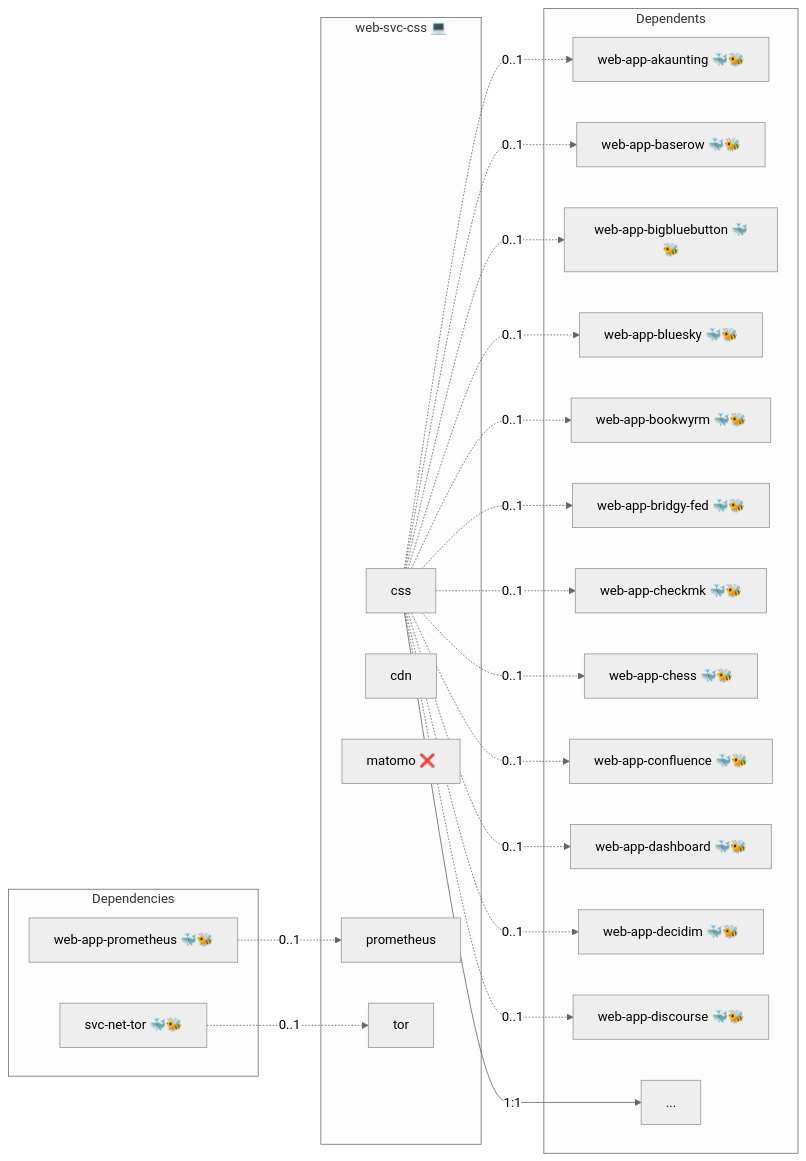
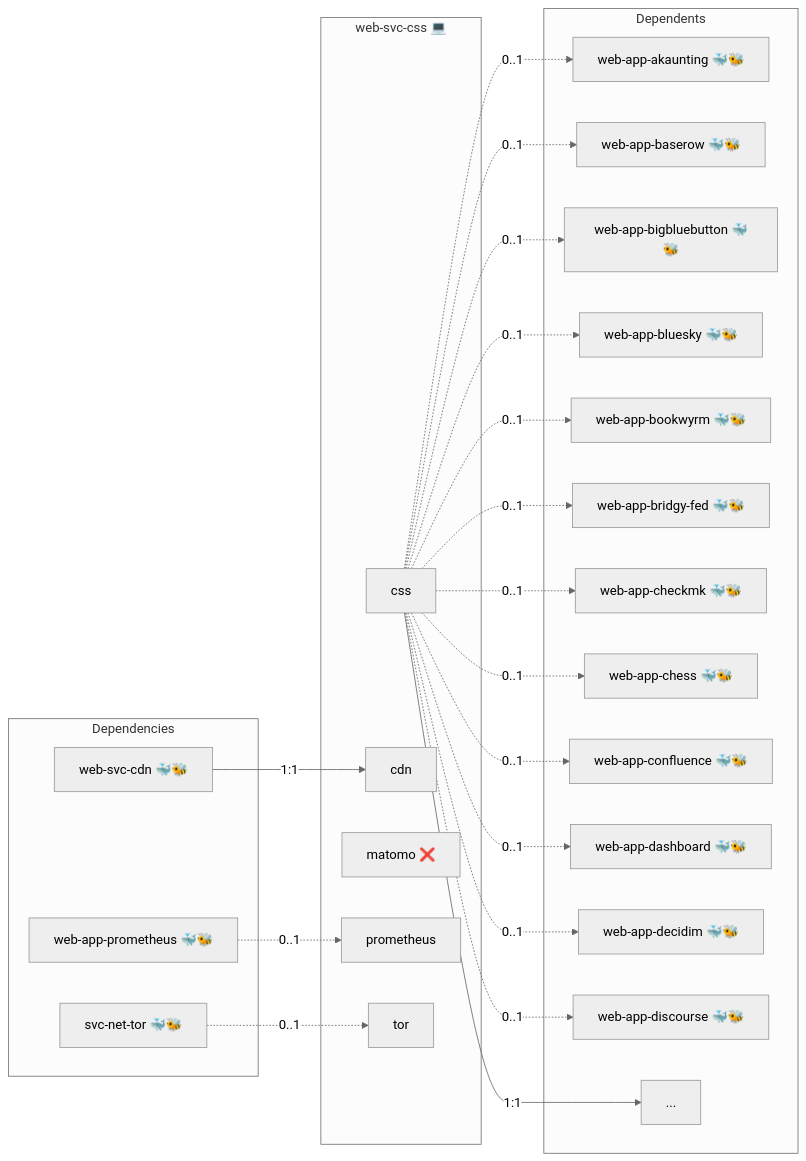
The diagram in roles/web-svc-css/README.md (AlejandroRomanIbanez/infinito-nexus), drawn with Mermaid (neutral theme) before and after one commit. The commit also changed other lines of this file and 256 other files, not shown here.

````diff
--- a/roles/web-svc-css/README.md
+++ b/roles/web-svc-css/README.md
@@ -18,44 +18,46 @@
 ```mermaid
 flowchart LR
     subgraph deps [Dependencies]
         dep_svc_net_tor["svc-net-tor 🐳🐝"]
         dep_web_app_prometheus["web-app-prometheus 🐳🐝"]
+        dep_web_svc_cdn["web-svc-cdn 🐳🐝"]
     end
     subgraph role [web-svc-css 💻]
         svc_css["css"]
         svc_cdn["cdn"]
         svc_matomo["matomo ❌"]
         svc_prometheus["prometheus"]
         svc_tor["tor"]
     end
     subgraph dependents [Dependents]
         dpt_web_app_akaunting["web-app-akaunting 🐳🐝"]
         dpt_web_app_baserow["web-app-baserow 🐳🐝"]
         dpt_web_app_bigbluebutton["web-app-bigbluebutton 🐳🐝"]
         dpt_web_app_bluesky["web-app-bluesky 🐳🐝"]
         dpt_web_app_bookwyrm["web-app-bookwyrm 🐳🐝"]
         dpt_web_app_bridgy_fed["web-app-bridgy-fed 🐳🐝"]
         dpt_web_app_checkmk["web-app-checkmk 🐳🐝"]
         dpt_web_app_chess["web-app-chess 🐳🐝"]
         dpt_web_app_confluence["web-app-confluence 🐳🐝"]
         dpt_web_app_dashboard["web-app-dashboard 🐳🐝"]
         dpt_web_app_decidim["web-app-decidim 🐳🐝"]
         dpt_web_app_discourse["web-app-discourse 🐳🐝"]
         dpt_more["..."]
     end
     dep_svc_net_tor -. "0..1" .-> svc_tor
     dep_web_app_prometheus -. "0..1" .-> svc_prometheus
+    dep_web_svc_cdn -- "1:1" --> svc_cdn
     svc_css -- "1:1" --> dpt_more
     svc_css -. "0..1" .-> dpt_web_app_akaunting
     svc_css -. "0..1" .-> dpt_web_app_baserow
     svc_css -. "0..1" .-> dpt_web_app_bigbluebutton
     svc_css -. "0..1" .-> dpt_web_app_bluesky
     svc_css -. "0..1" .-> dpt_web_app_bookwyrm
     svc_css -. "0..1" .-> dpt_web_app_bridgy_fed
     svc_css -. "0..1" .-> dpt_web_app_checkmk
     svc_css -. "0..1" .-> dpt_web_app_chess
     svc_css -. "0..1" .-> dpt_web_app_confluence
     svc_css -. "0..1" .-> dpt_web_app_dashboard
     svc_css -. "0..1" .-> dpt_web_app_decidim
     svc_css -. "0..1" .-> dpt_web_app_discourse
 ```
````
